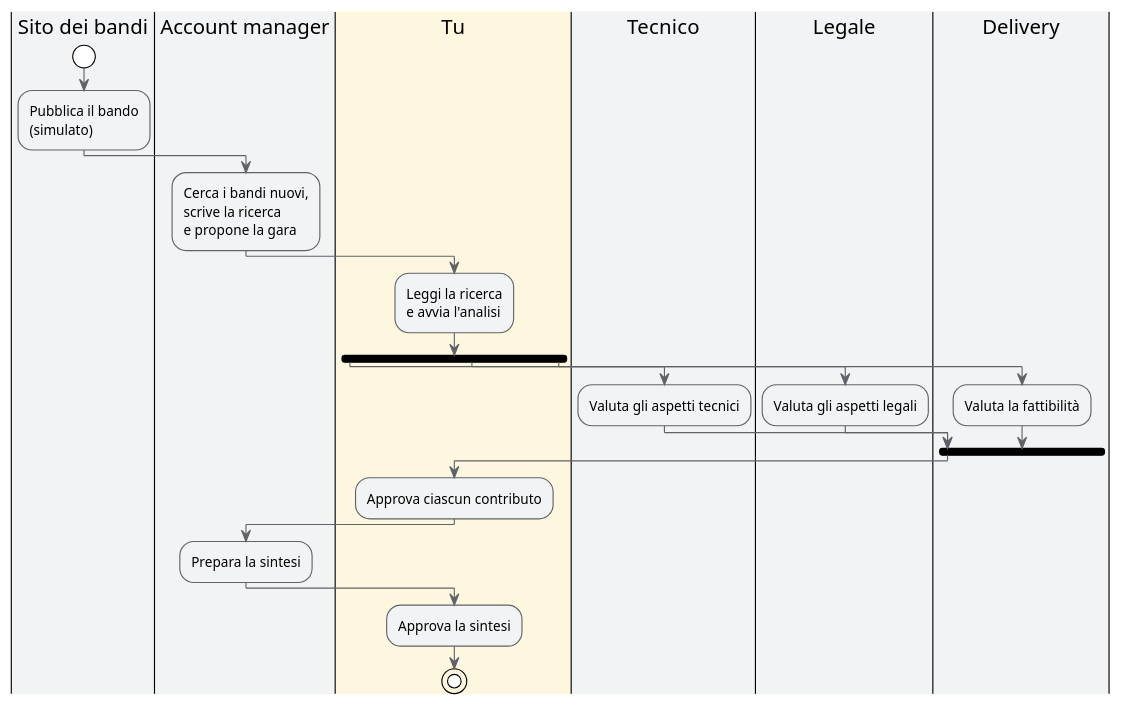
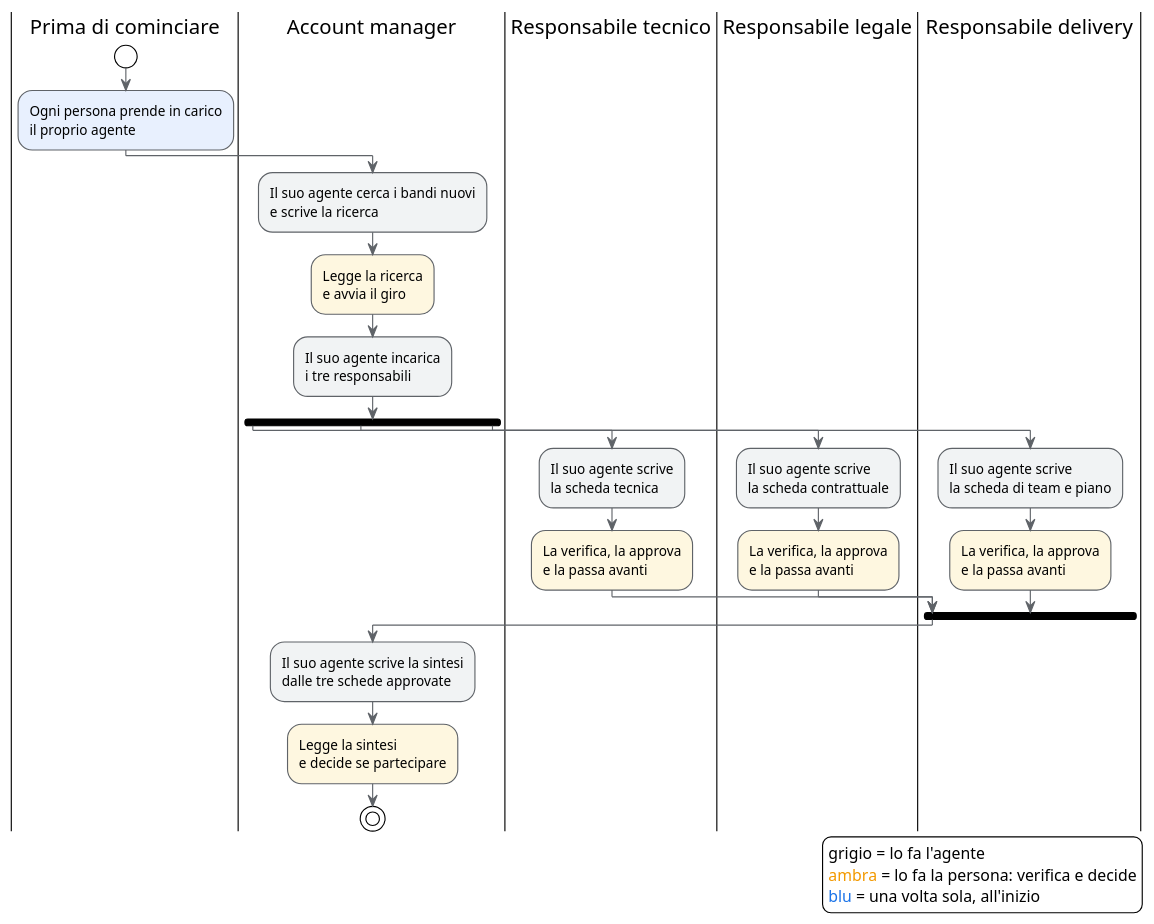
Before and after one commit to salaroglio/mdexplorer-demo: the diagram in citta-degli-agenti/gara/README.md, drawn with PlantUML. The commit also changed other lines of this file, not shown here.

Commit message:
docs(demo): «Come gira» ridisegnato — quattro persone, ognuna approva il lavoro del proprio agente
Via la corsia «Tu»: ogni passo di verifica è della persona di quella corsia. Prima del giro, una volta, ognuno prende
in carico il proprio agente.

````diff
--- a/citta-degli-agenti/gara/README.md
+++ b/citta-degli-agenti/gara/README.md
@@ -38,39 +38,42 @@
 ```plantuml
 @startuml
 !theme plain
 skinparam ActivityBackgroundColor #F1F3F4
 skinparam ActivityBorderColor #5F6368
 skinparam ArrowColor #5F6368
 
-|#F1F3F4|Sito dei bandi|
+|Prima di cominciare|
 start
-:Pubblica il bando\n(simulato);
+#E8F0FE:Ogni persona prende in carico\nil proprio agente;
 
-|#F1F3F4|Account manager|
-:Cerca i bandi nuovi,\nscrive la ricerca\ne propone la gara;
-
-|#FEF7E0|Tu|
-:Leggi la ricerca\ne avvia l'analisi;
+|Account manager|
+:Il suo agente cerca i bandi nuovi\ne scrive la ricerca;
+#FEF7E0:Legge la ricerca\ne avvia il giro;
+:Il suo agente incarica\ni tre responsabili;
 
 fork
-  |#F1F3F4|Tecnico|
-  :Valuta gli aspetti tecnici;
+  |Responsabile tecnico|
+  :Il suo agente scrive\nla scheda tecnica;
+  #FEF7E0:La verifica, la approva\ne la passa avanti;
 fork again
-  |#F1F3F4|Legale|
-  :Valuta gli aspetti legali;
+  |Responsabile legale|
+  :Il suo agente scrive\nla scheda contrattuale;
+  #FEF7E0:La verifica, la approva\ne la passa avanti;
 fork again
-  |#F1F3F4|Delivery|
-  :Valuta la fattibilità;
+  |Responsabile delivery|
+  :Il suo agente scrive\nla scheda di team e piano;
+  #FEF7E0:La verifica, la approva\ne la passa avanti;
 end fork
 
-|#FEF7E0|Tu|
-:Approva ciascun contributo;
+|Account manager|
+:Il suo agente scrive la sintesi\ndalle tre schede approvate;
+#FEF7E0:Legge la sintesi\ne decide se partecipare;
+stop
 
-|#F1F3F4|Account manager|
-:Prepara la sintesi;
-
-|#FEF7E0|Tu|
-:Approva la sintesi;
-stop
+legend right
+  grigio = lo fa l'agente
+  <color:#F29900>ambra</color> = lo fa la persona: verifica e decide
+  <color:#1A73E8>blu</color> = una volta sola, all'inizio
+endlegend
 @enduml
 ```
````
